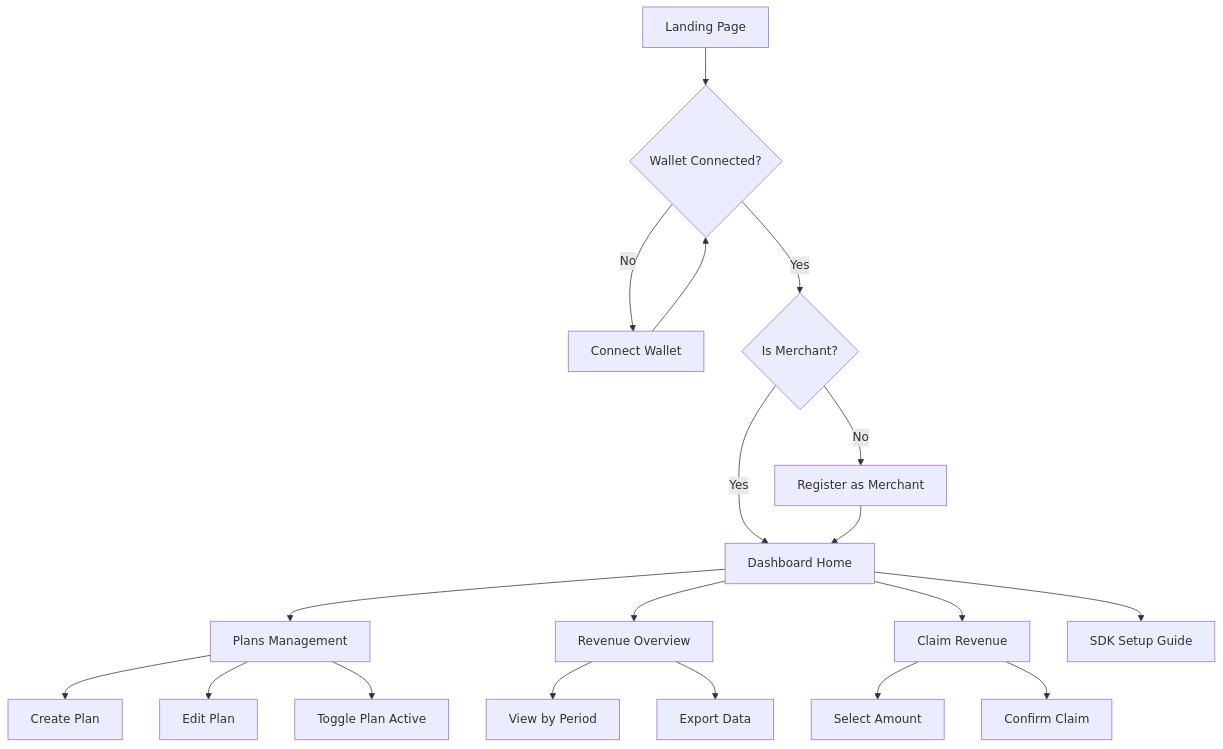
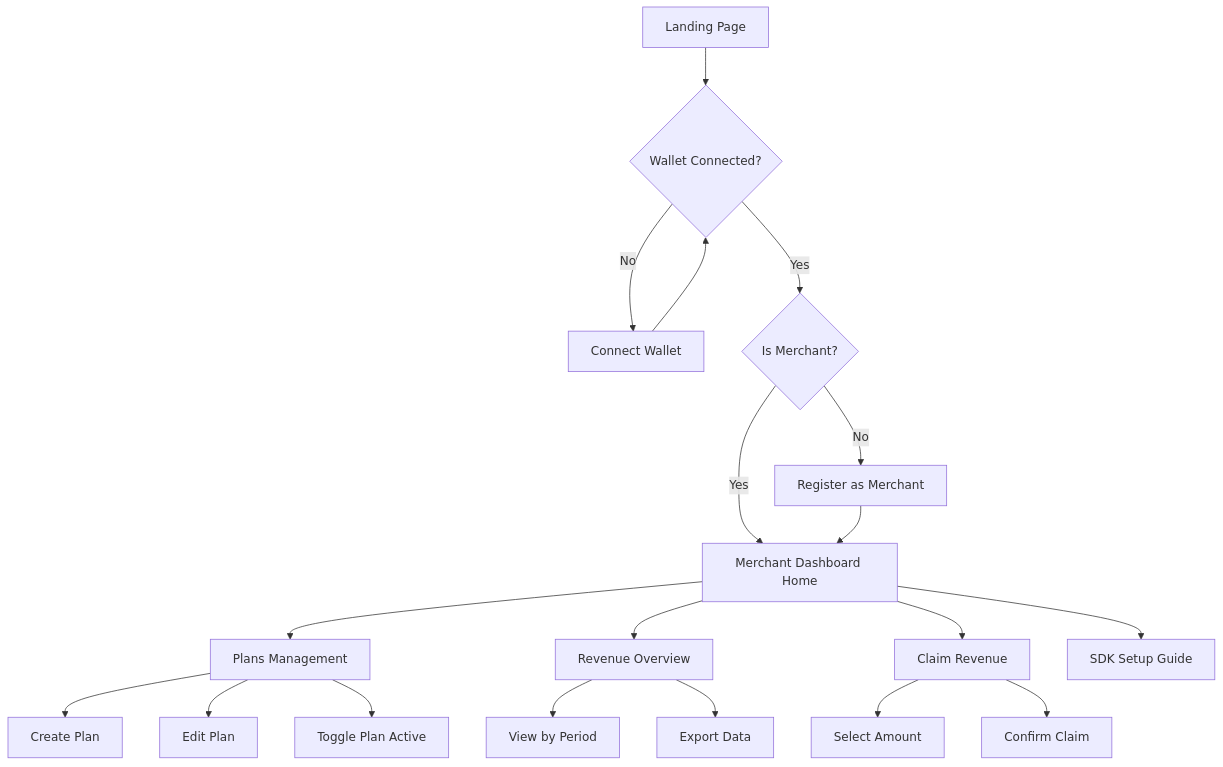
The seventh of 7 diagrams in privacy_subscriptions/docs/functional-design.md (SublyFi/subly), drawn with Mermaid before and after one commit. The commit also changed other lines of this file, not shown here.

Commit message:
feat: Enhance privacy by encrypting subscription plan and related fields in UserSubscription and MerchantLedger

````diff
--- a/privacy_subscriptions/docs/functional-design.md
+++ b/privacy_subscriptions/docs/functional-design.md
@@ -740,25 +909,25 @@
 ```mermaid
 graph TD
     A[Landing Page] --> B{Wallet Connected?}
     B -->|No| C[Connect Wallet]
     B -->|Yes| D{Is Merchant?}
     C --> B
     D -->|No| E[Register as Merchant]
-    D -->|Yes| F[Dashboard Home]
+    D -->|Yes| F[Merchant Dashboard Home]
     E --> F
 
     F --> G[Plans Management]
     F --> H[Revenue Overview]
     F --> I[Claim Revenue]
     F --> J[SDK Setup Guide]
 
     G --> G1[Create Plan]
     G --> G2[Edit Plan]
     G --> G3[Toggle Plan Active]
 
     H --> H1[View by Period]
     H --> H2[Export Data]
 
     I --> I1[Select Amount]
     I --> I2[Confirm Claim]
 ```
````
